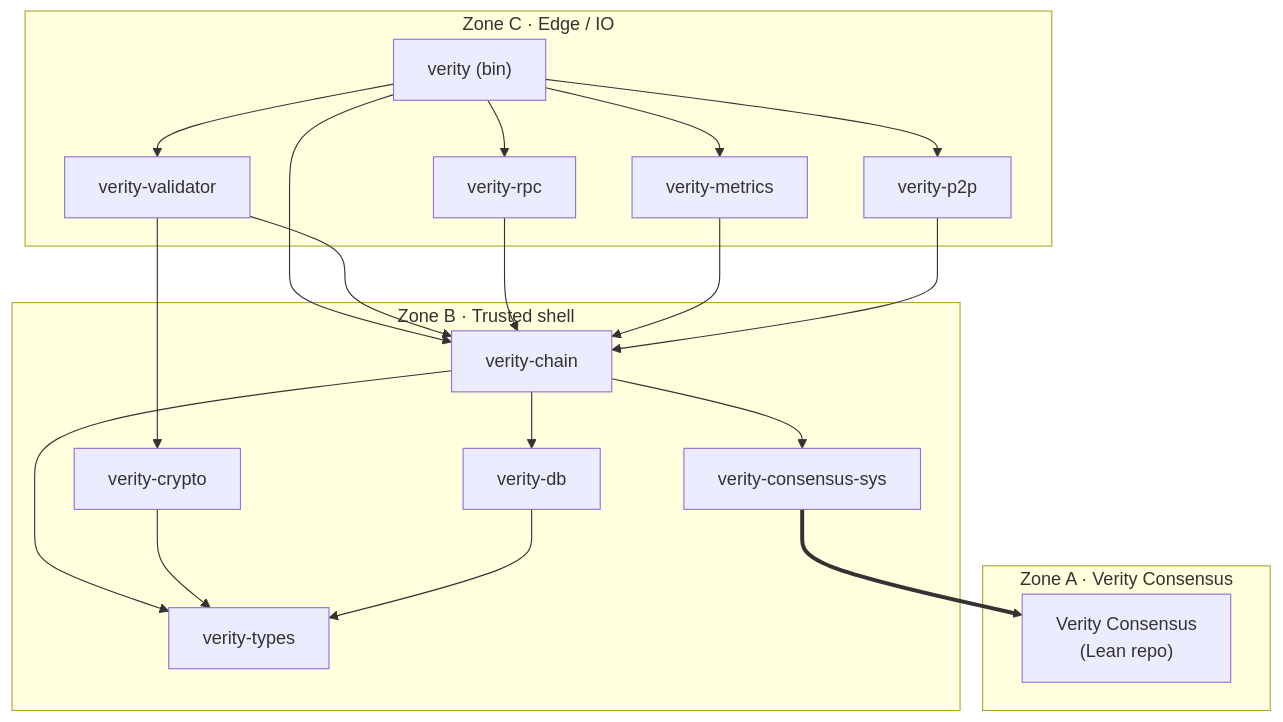
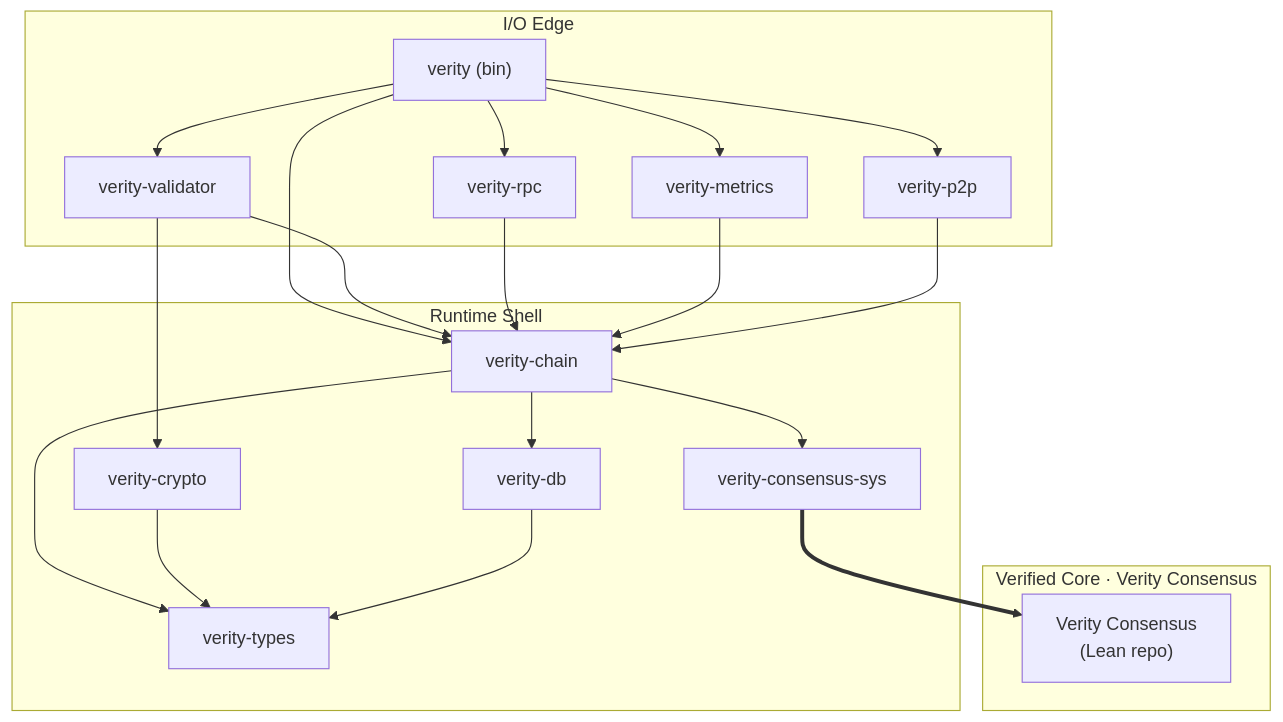
The third of 3 diagrams in ARCHITECTURE.md (NyxFoundation/verity), drawn with Mermaid before and after one commit. The commit also changed other lines of this file and 2 other files, not shown here.

First line of the commit message:
docs: name the zones Verified Core / Runtime Shell / I/O Edge

````diff
--- a/ARCHITECTURE.md
+++ b/ARCHITECTURE.md
@@ -156,36 +156,36 @@
 ```mermaid
 flowchart TB
-    subgraph ZC["Zone C · Edge / IO"]
+    subgraph ZC["I/O Edge"]
         BIN["verity (bin)"]
         VAL["verity-validator"]
         RPC["verity-rpc"]
         MET["verity-metrics"]
         P2P["verity-p2p"]
     end
-    subgraph ZB["Zone B · Trusted shell"]
+    subgraph ZB["Runtime Shell"]
         CHAIN["verity-chain"]
         CRYPTO["verity-crypto"]
         DB["verity-db"]
         TYPES["verity-types"]
         SYS["verity-consensus-sys"]
     end
-    subgraph ZA["Zone A · Verity Consensus"]
+    subgraph ZA["Verified Core · Verity Consensus"]
         LEAN["Verity Consensus<br/>(Lean repo)"]
     end
     BIN --> VAL
     BIN --> RPC
     BIN --> MET
     BIN --> P2P
     BIN --> CHAIN
     VAL --> CHAIN
     VAL --> CRYPTO
     RPC --> CHAIN
     MET --> CHAIN
     P2P --> CHAIN
     CHAIN --> SYS
     SYS ==> LEAN
     CHAIN --> DB
     CHAIN --> TYPES
     CRYPTO --> TYPES
     DB --> TYPES
 ```
````
